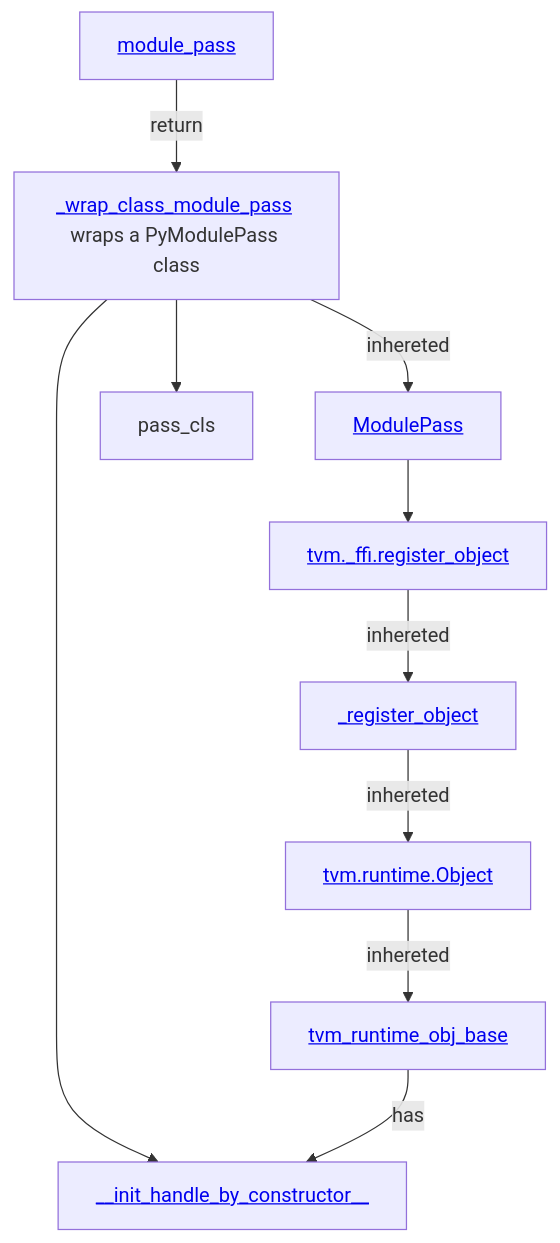
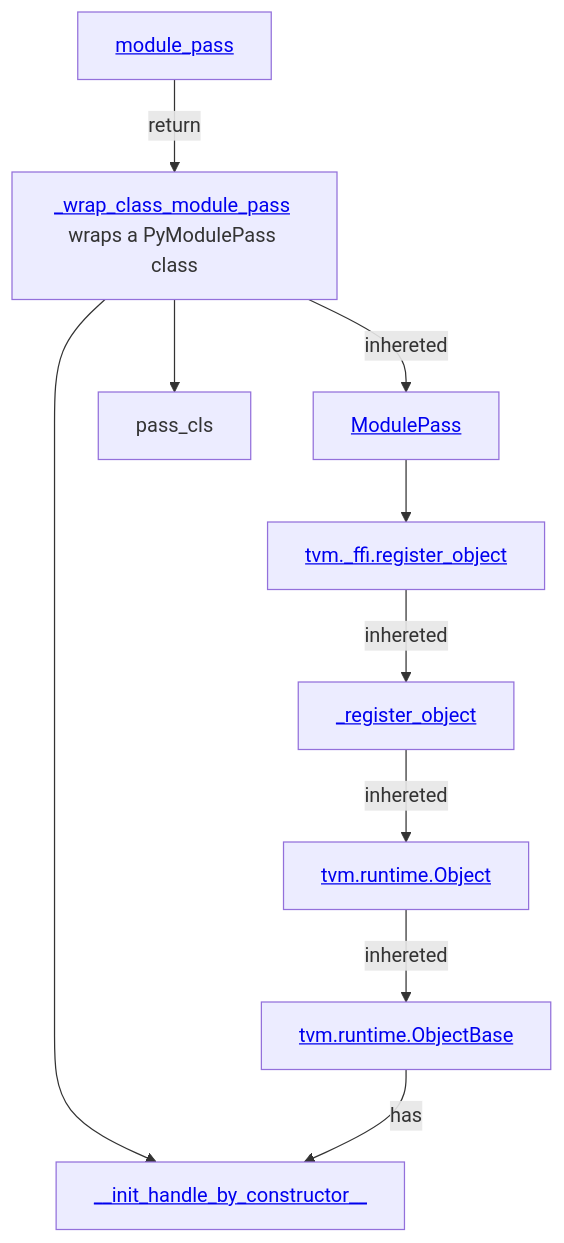
Before and after one commit to w32zhong/BitBLAS: the second of 2 diagrams in README.md, drawn with Mermaid.

````diff
--- a/README.md
+++ b/README.md
@@ -83,15 +83,15 @@
 ```mermaid
 graph TD;
    module_pass[<a href="https://github.com/LeiWang1999/tvm/blob/618306ce3baa2c606d43856afbe6655e4e67b2c8/python/tvm/ir/transform.py#L325">module_pass</a>]
    _wrap_class_module_pass[<a href="https://github.com/LeiWang1999/tvm/tree/618306ce3baa2c606d43856afbe6655e4e67b2c8/python/tvm/ir/transform.py#L293">_wrap_class_module_pass</a> wraps a PyModulePass class]
    __init_handle_by_constructor__[<a href="https://github.com/LeiWang1999/tvm/tree/618306ce3baa2c606d43856afbe6655e4e67b2c8/python/tvm/ir/transform.py#L309">__init_handle_by_constructor__</a>]
    ModulePass[<a href="https://github.com/LeiWang1999/tvm/blob/618306ce3baa2c606d43856afbe6655e4e67b2c8/python/tvm/ir/transform.py#L242">ModulePass</a>]
    register_object[<a href="https://github.com/LeiWang1999/tvm/blob/618306ce3baa2c606d43856afbe6655e4e67b2c8/python/tvm/_ffi/registry.py#L41-L82">tvm._ffi.register_object</a>]
    _register_object[<a href="https://github.com/LeiWang1999/tvm/blob/618306ce3baa2c606d43856afbe6655e4e67b2c8/python/tvm/_ffi/_ctypes/object.py#L42">_register_object</a>]
    tvm_runtime_obj[<a href="https://github.com/LeiWang1999/tvm/blob/618306ce3baa2c606d43856afbe6655e4e67b2c8/python/tvm/runtime/object.py#L49">tvm.runtime.Object</a>]
-   tvm_runtime_obj_base[<a href="https://github.com/LeiWang1999/tvm/blob/618306ce3baa2c606d43856afbe6655e4e67b2c8/python/tvm/_ffi/_ctypes/object.py#L111">tvm_runtime_obj_base</a>]
+   tvm_runtime_obj_base[<a href="https://github.com/LeiWang1999/tvm/blob/618306ce3baa2c606d43856afbe6655e4e67b2c8/python/tvm/_ffi/_ctypes/object.py#L111">tvm.runtime.ObjectBase</a>]
     
    module_pass -->|return| _wrap_class_module_pass --> pass_cls
    _wrap_class_module_pass --> __init_handle_by_constructor__
    _wrap_class_module_pass -->|inhereted| ModulePass --> register_object -->|inhereted| _register_object -->|inhereted| tvm_runtime_obj -->|inhereted| tvm_runtime_obj_base -->|has| __init_handle_by_constructor__
 ```
````
